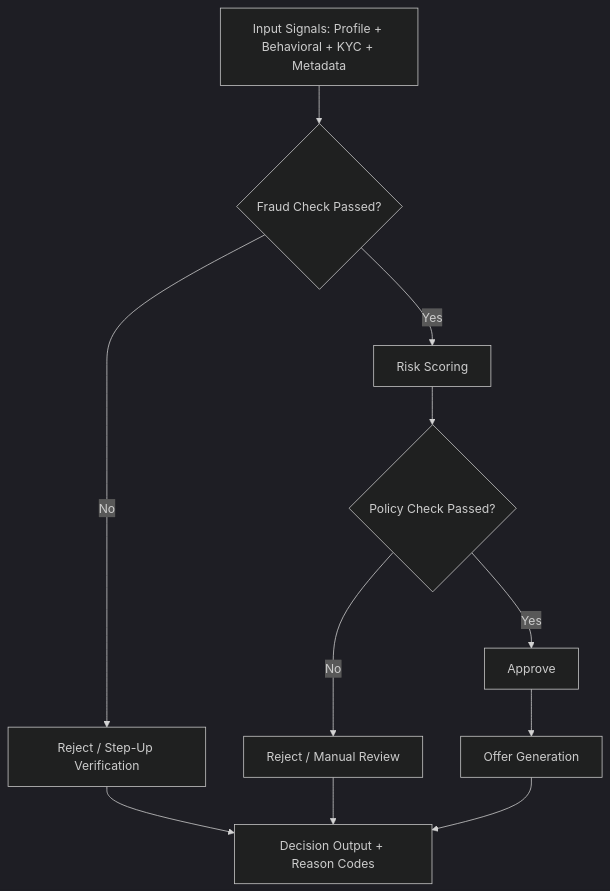
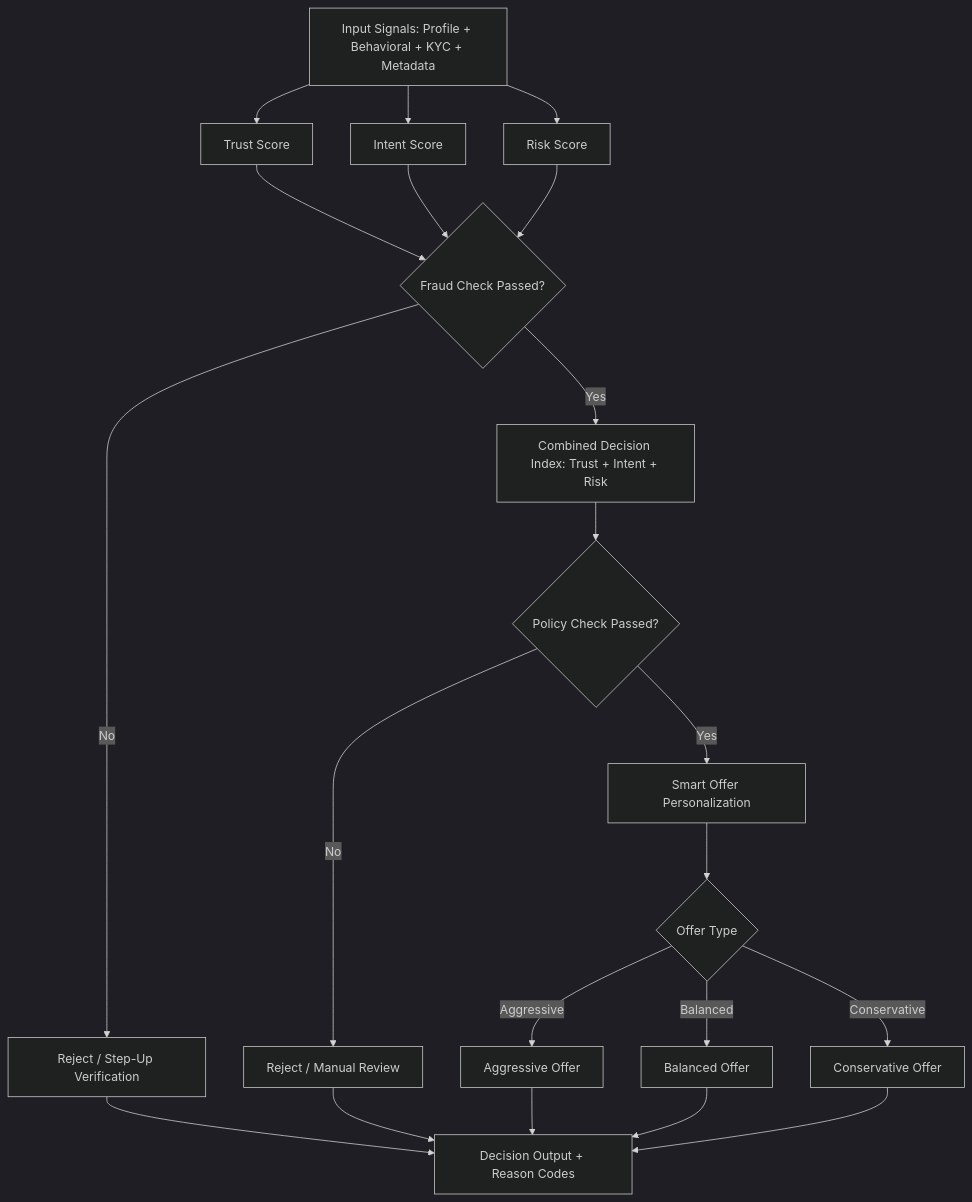
The third of 5 diagrams in docs/PRD.md (Chanu716/TrustLens-AI), drawn with Mermaid (dark theme) before and after one commit. The commit also changed other lines of this file and 1 other file, not shown here.

First line of the commit message:
Enhance PRD and README with intent-emotion, dynamic offers, and UI intelligence

````diff
--- a/docs/PRD.md
+++ b/docs/PRD.md
@@ -185,13 +249,23 @@
 ```mermaid
 flowchart TD
-    I[Input Signals: Profile + Behavioral + KYC + Metadata] --> F{Fraud Check Passed?}
+    I[Input Signals: Profile + Behavioral + KYC + Metadata] --> T1[Trust Score]
+    I --> I2[Intent Score]
+    I --> R0[Risk Score]
+    T1 --> F{Fraud Check Passed?}
+    I2 --> F
+    R0 --> F
     F -- No --> R1[Reject / Step-Up Verification]
-    F -- Yes --> S[Risk Scoring]
-    S --> P{Policy Check Passed?}
+    F -- Yes --> C1[Combined Decision Index: Trust + Intent + Risk]
+    C1 --> P{Policy Check Passed?}
     P -- No --> R2[Reject / Manual Review]
-    P -- Yes --> A[Approve]
-    A --> G[Offer Generation]
-    G --> O[Decision Output + Reason Codes]
+    P -- Yes --> G[Smart Offer Personalization]
+    G --> OType{Offer Type}
+    OType -- Aggressive --> A1[Aggressive Offer]
+    OType -- Balanced --> A2[Balanced Offer]
+    OType -- Conservative --> A3[Conservative Offer]
+    A1 --> O[Decision Output + Reason Codes]
+    A2 --> O
+    A3 --> O
     R1 --> O
     R2 --> O
 ```
````
